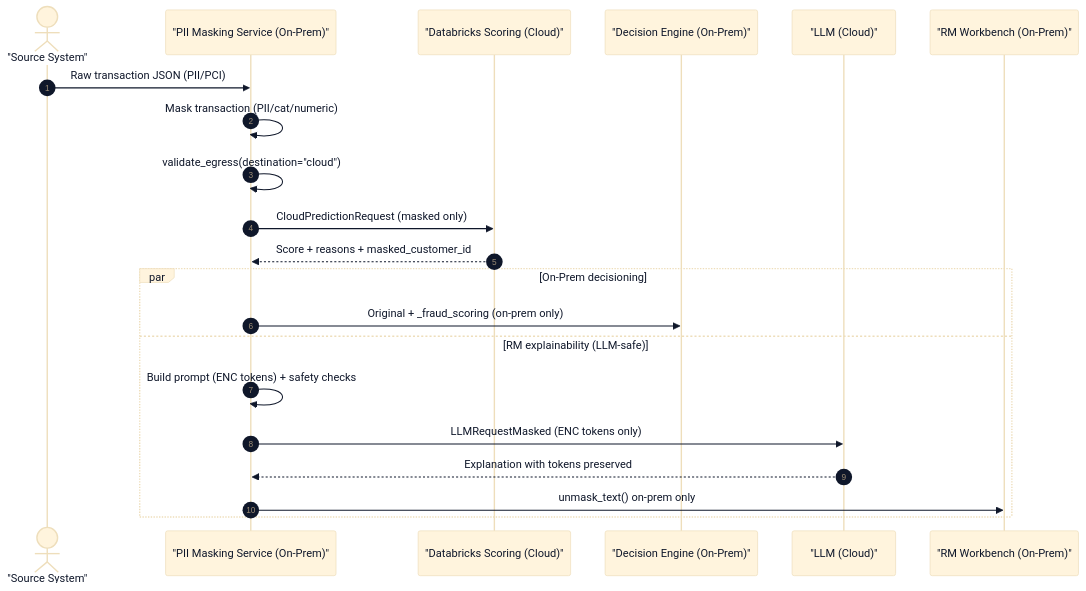
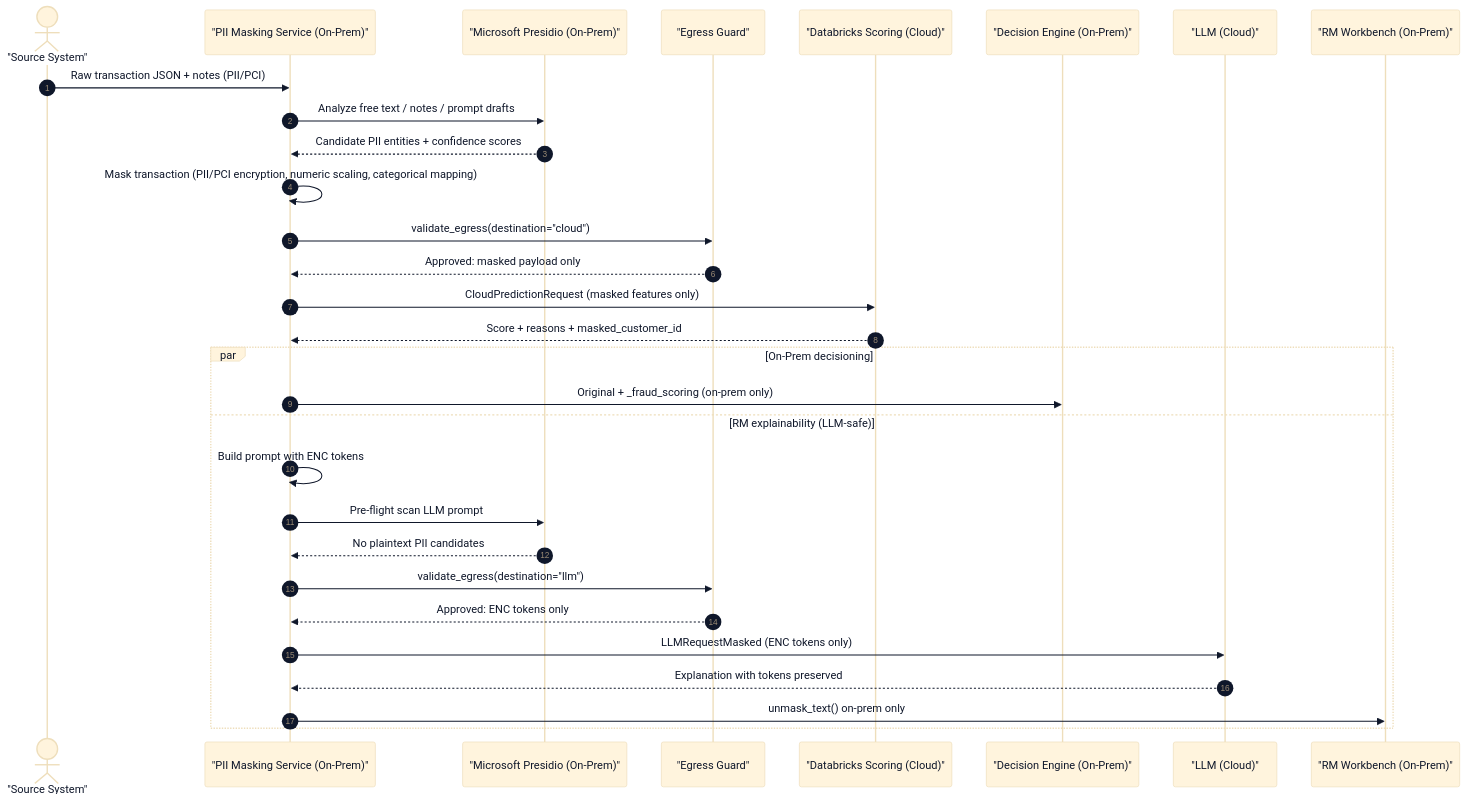
One commit to kkirko/PII-Masking-Service changed the sixth of 6 diagrams in README.md. Above: the diagram before and after it, drawn with Mermaid. The commit also changed other lines of this file and 4 other files, not shown here.

````diff
--- a/README.md
+++ b/README.md
@@ -247,26 +309,36 @@
 ```mermaid
 %%{init: {"theme":"base","themeVariables":{"fontFamily":"ui-sans-serif, system-ui, -apple-system, Segoe UI, Roboto, Arial","primaryTextColor":"#0f172a","lineColor":"#64748b","noteBkgColor":"#f8fafc","noteTextColor":"#0f172a"}}}%%
 sequenceDiagram
     autonumber
     actor Client as "Source System"
     participant Svc as "PII Masking Service (On-Prem)"
+    participant Presidio as "Microsoft Presidio (On-Prem)"
+    participant Guard as "Egress Guard"
     participant DBX as "Databricks Scoring (Cloud)"
     participant DE as "Decision Engine (On-Prem)"
     participant LLM as "LLM (Cloud)"
     participant RM as "RM Workbench (On-Prem)"
 
-    Client->>Svc: Raw transaction JSON (PII/PCI)
-    Svc->>Svc: Mask transaction (PII/cat/numeric)
-    Svc->>Svc: validate_egress(destination="cloud")
-    Svc->>DBX: CloudPredictionRequest (masked only)
+    Client->>Svc: Raw transaction JSON + notes (PII/PCI)
+    Svc->>Presidio: Analyze free text / notes / prompt drafts
+    Presidio-->>Svc: Candidate PII entities + confidence scores
+
+    Svc->>Svc: Mask transaction (PII/PCI encryption, numeric scaling, categorical mapping)
+    Svc->>Guard: validate_egress(destination="cloud")
+    Guard-->>Svc: Approved: masked payload only
+    Svc->>DBX: CloudPredictionRequest (masked features only)
     DBX-->>Svc: Score + reasons + masked_customer_id
 
     par On-Prem decisioning
         Svc->>DE: Original + _fraud_scoring (on-prem only)
     and RM explainability (LLM-safe)
-        Svc->>Svc: Build prompt (ENC tokens) + safety checks
+        Svc->>Svc: Build prompt with ENC tokens
+        Svc->>Presidio: Pre-flight scan LLM prompt
+        Presidio-->>Svc: No plaintext PII candidates
+        Svc->>Guard: validate_egress(destination="llm")
+        Guard-->>Svc: Approved: ENC tokens only
         Svc->>LLM: LLMRequestMasked (ENC tokens only)
         LLM-->>Svc: Explanation with tokens preserved
         Svc->>RM: unmask_text() on-prem only
     end
 ```
````
